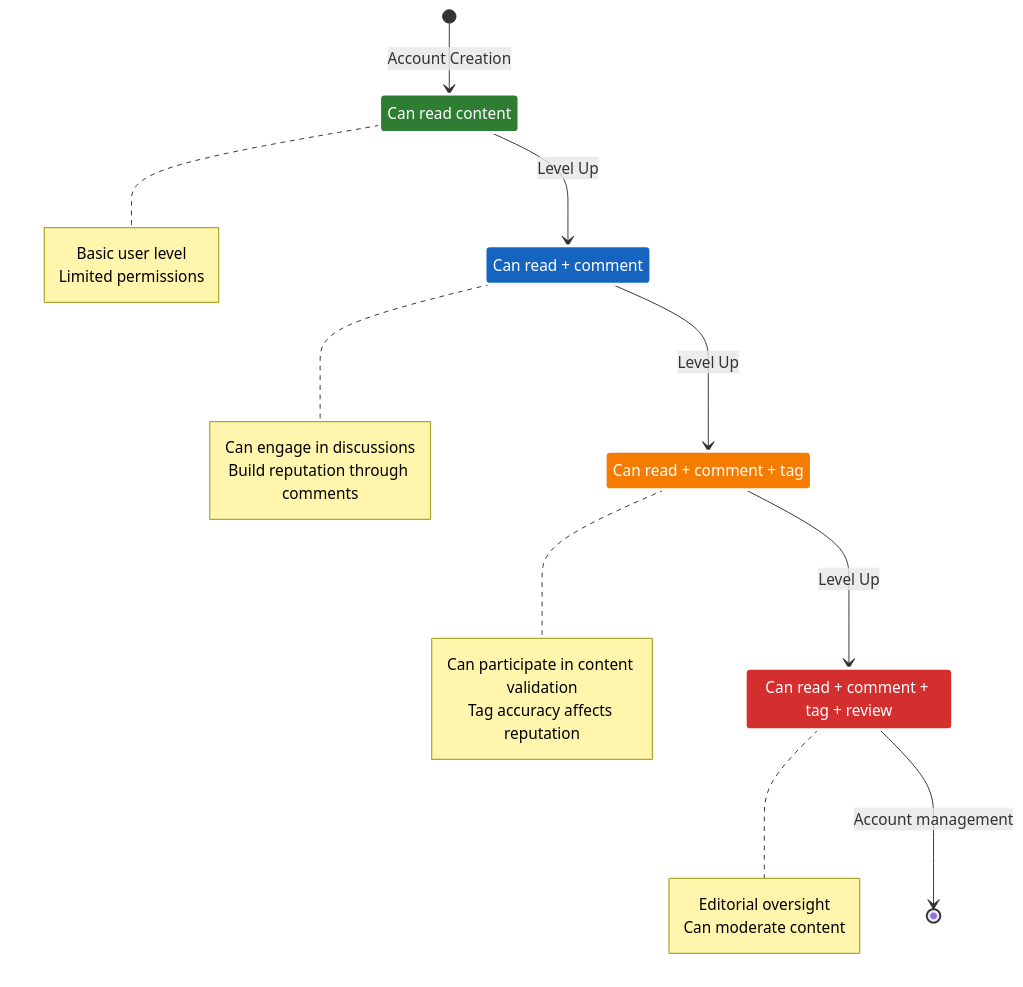
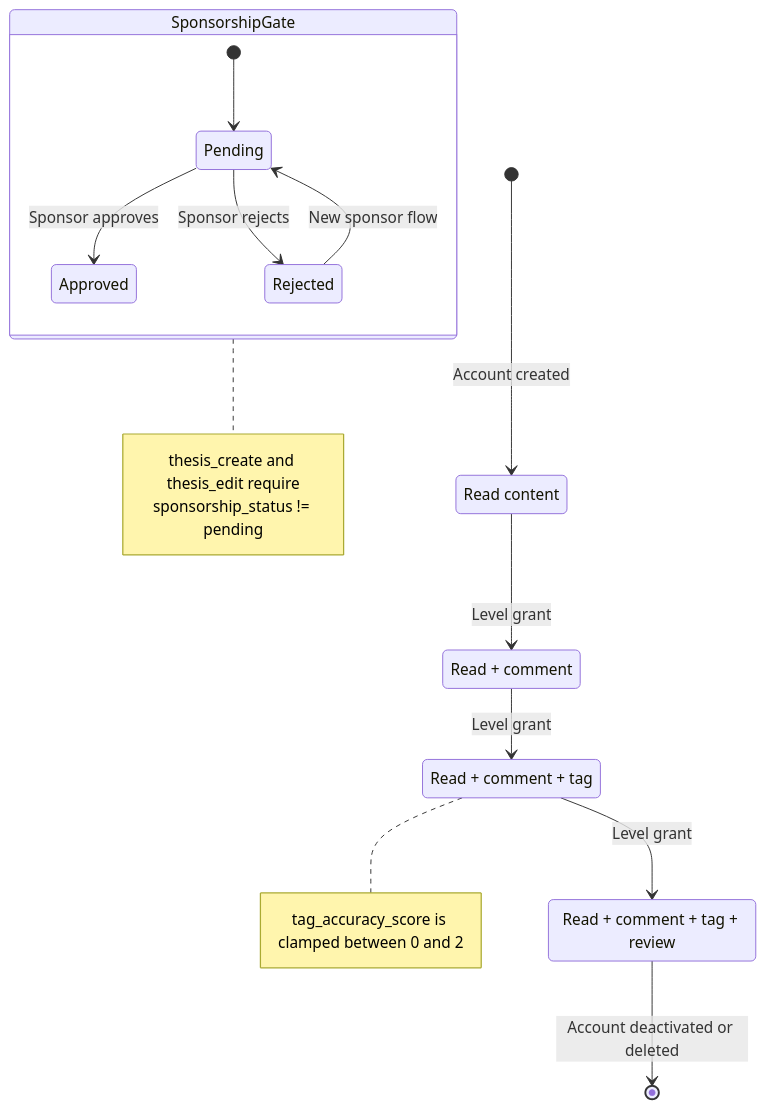
One commit to kakchouch/hume_social changed the diagram in diagrams/user_progression_system.md. Above: the diagram before and after it, drawn with Mermaid. The commit also changed 8 other files, not shown here.

Commit message:
created a proper sign in page + update diagrams to the current state of the projet + put pylint fail-under 8.5

````diff
--- a/diagrams/user_progression_system.md
+++ b/diagrams/user_progression_system.md
@@ -3,46 +3,31 @@
 ```mermaid
 stateDiagram-v2
-    [*] --> Reader: Account Creation
+    [*] --> Reader: Account created
 
-    Reader --> Commentator: Level Up
-    Commentator --> Tagger: Level Up
-    Tagger --> Reviewer: Level Up
+    state SponsorshipGate {
+        [*] --> Pending
+        Pending --> Approved: Sponsor approves
+        Pending --> Rejected: Sponsor rejects
+        Rejected --> Pending: New sponsor flow
+    }
 
-    Reader: Can read content
-    Commentator: Can read + comment
-    Tagger: Can read + comment + tag
-    Reviewer: Can read + comment + tag + review
+    Reader --> Commentator: Level grant
+    Commentator --> Tagger: Level grant
+    Tagger --> EditorialReviewer: Level grant
 
-    note right of Reader
-        Basic user level
-        Limited permissions
-    end note
+    Reader: Read content
+    Commentator: Read + comment
+    Tagger: Read + comment + tag
+    EditorialReviewer: Read + comment + tag + review
 
-    note right of Commentator
-        Can engage in discussions
-        Build reputation through comments
+    note right of SponsorshipGate
+        thesis_create and thesis_edit require
+        sponsorship_status != pending
     end note
 
     note right of Tagger
-        Can participate in content validation
-        Tag accuracy affects reputation
+        tag_accuracy_score is clamped between 0 and 2
     end note
 
-    note right of Reviewer
-        Editorial oversight
-        Can moderate content
-    end note
-
-    Reviewer --> [*]: Account management
-
-    %% Styling - High Contrast Theme
-    classDef readerClass fill:#2e7d32,stroke:#ffffff,stroke-width:3px,color:#ffffff
-    classDef commentatorClass fill:#1565c0,stroke:#ffffff,stroke-width:3px,color:#ffffff
-    classDef taggerClass fill:#f57c00,stroke:#ffffff,stroke-width:3px,color:#ffffff
-    classDef reviewerClass fill:#d32f2f,stroke:#ffffff,stroke-width:3px,color:#ffffff
-
-    class Reader readerClass
-    class Commentator commentatorClass
-    class Tagger taggerClass
-    class Reviewer reviewerClass
+    EditorialReviewer --> [*]: Account deactivated or deleted
 ```
````
